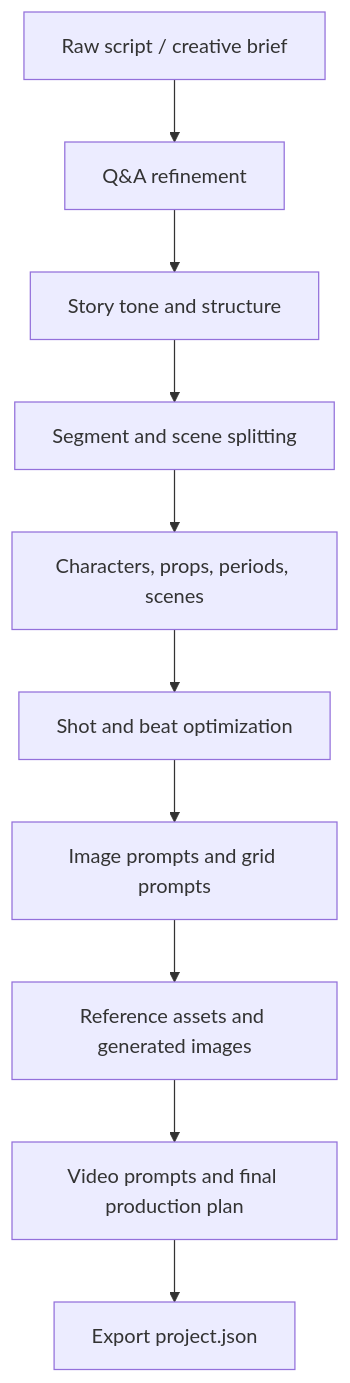
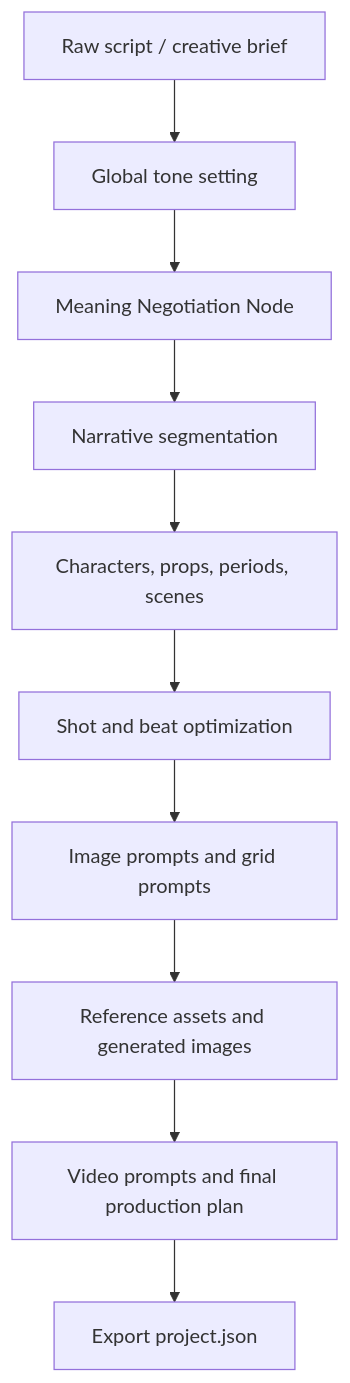
One commit to pkp666/manju-ai-workflow changed the diagram in README.md. Above: the diagram before and after it, drawn with Mermaid. The commit also changed other lines of this file, not shown here.

Commit message:
Document meaning negotiation node mechanism

````diff
--- a/README.md
+++ b/README.md
@@ -26,12 +33,12 @@
 ```mermaid
 flowchart TD
-    A["Raw script / creative brief"] --> B["Q&A refinement"]
-    B --> C["Story tone and structure"]
-    C --> D["Segment and scene splitting"]
+    A["Raw script / creative brief"] --> B["Global tone setting"]
+    B --> C["Meaning Negotiation Node"]
+    C --> D["Narrative segmentation"]
     D --> E["Characters, props, periods, scenes"]
     E --> F["Shot and beat optimization"]
     F --> G["Image prompts and grid prompts"]
     G --> H["Reference assets and generated images"]
     H --> I["Video prompts and final production plan"]
     I --> J["Export project.json"]
 ```
````
